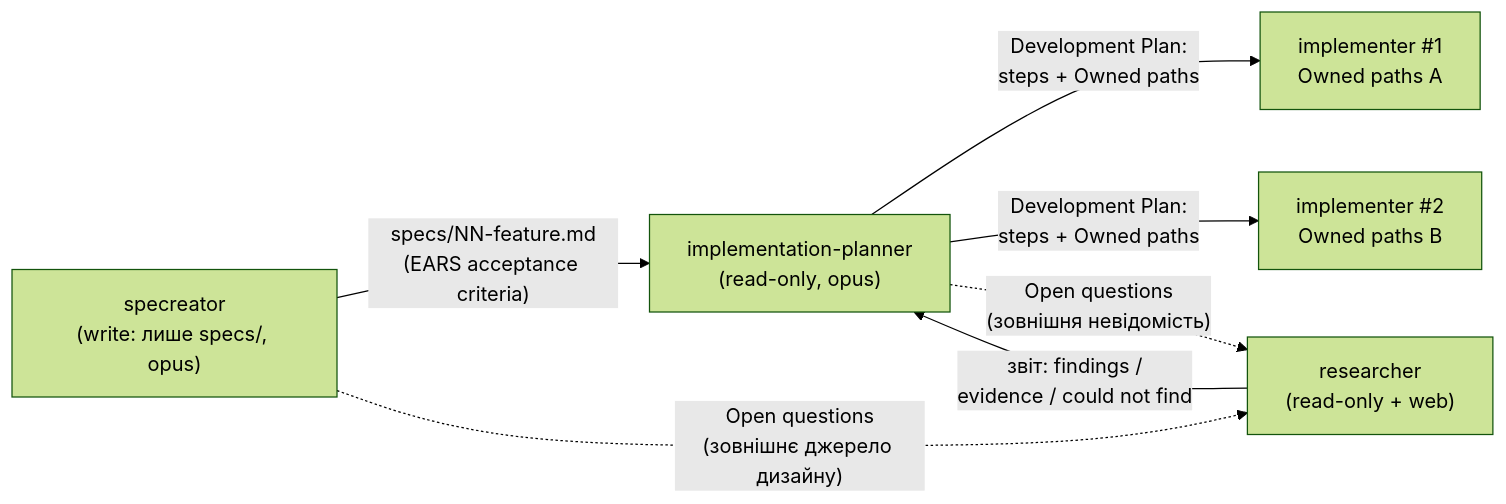
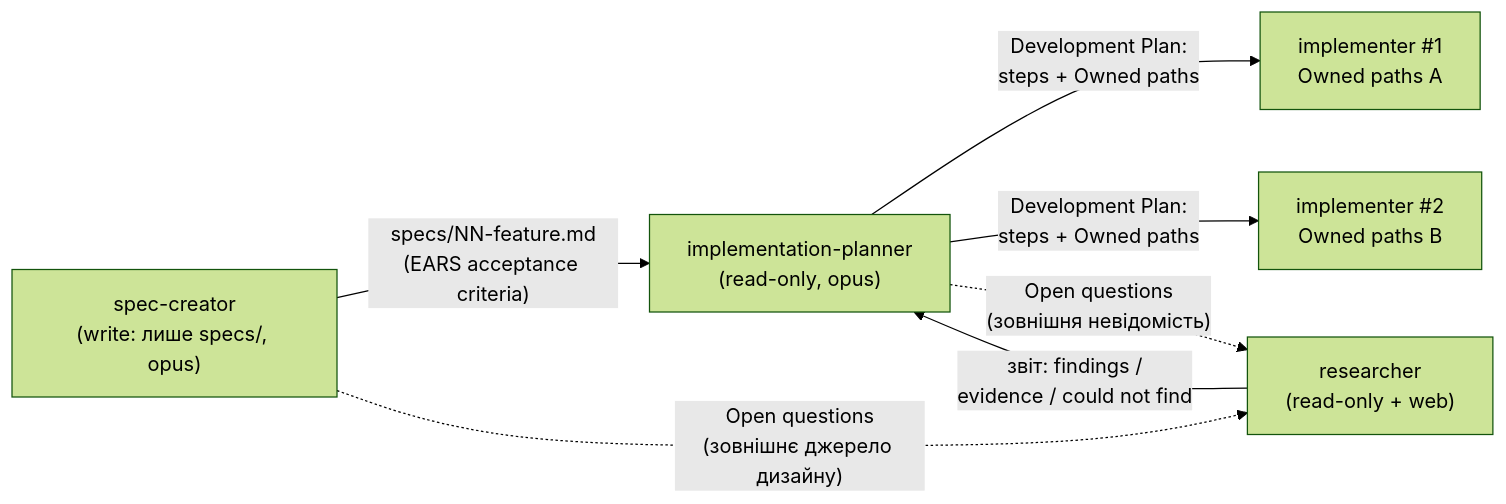
Before and after one commit to oivashkov/dev-digest: the first of 3 diagrams in .claude/agents/diagrams.md, drawn with Mermaid (forest theme). The commit also changed other lines of this file and 17 other files, not shown here.

First line of the commit message:
fix: address PR remarks — restore researcher agent, rename specreator to spec-creator

````diff
--- a/.claude/agents/diagrams.md
+++ b/.claude/agents/diagrams.md
@@ -19,15 +19,15 @@
 ```mermaid
 flowchart LR
-  S["specreator<br/>(write: лише specs/, opus)"]
+  S["spec-creator<br/>(write: лише specs/, opus)"]
   R["researcher<br/>(read-only + web)"]
   P["implementation-planner<br/>(read-only, opus)"]
   I1["implementer #1<br/>Owned paths A"]
   I2["implementer #2<br/>Owned paths B"]
 
   S -- "specs/NN-feature.md<br/>(EARS acceptance criteria)" --> P
   S -. "Open questions<br/>(зовнішнє джерело дизайну)" .-> R
   R -- "звіт: findings /<br/>evidence / could not find" --> P
   P -- "Development Plan:<br/>steps + Owned paths" --> I1
   P -- "Development Plan:<br/>steps + Owned paths" --> I2
   P -. "Open questions<br/>(зовнішня невідомість)" .-> R
 ```
````
